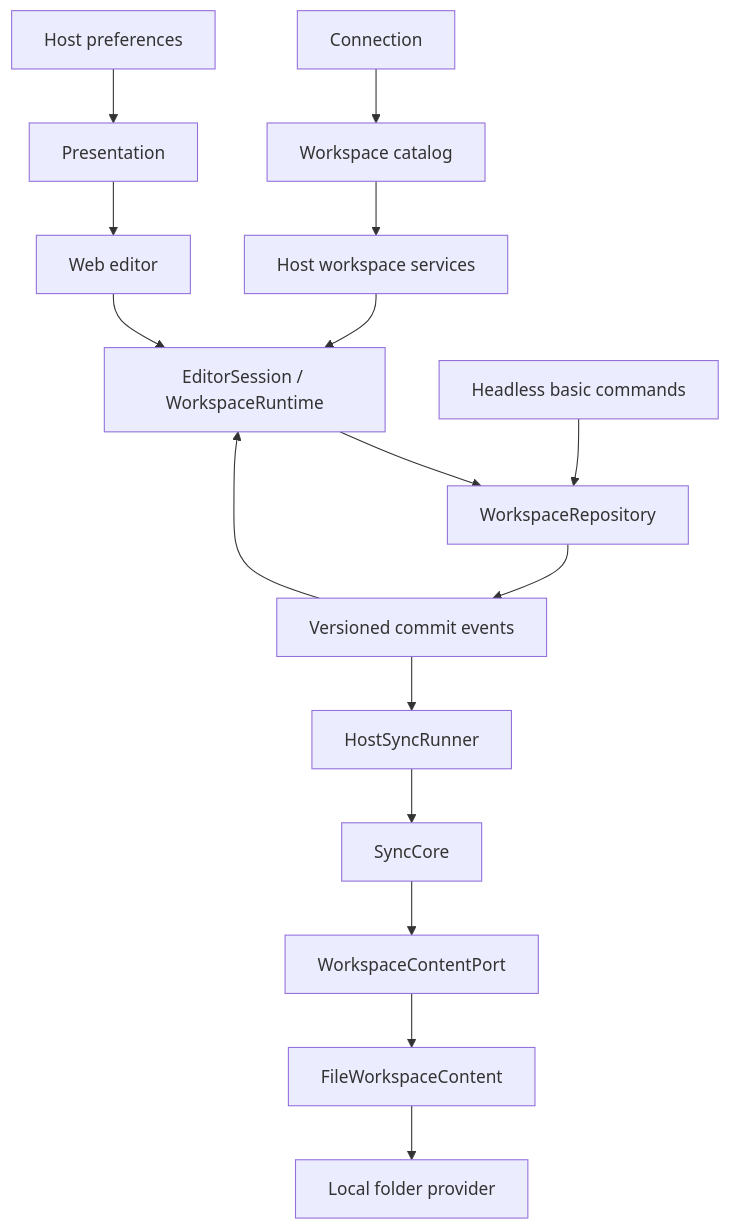
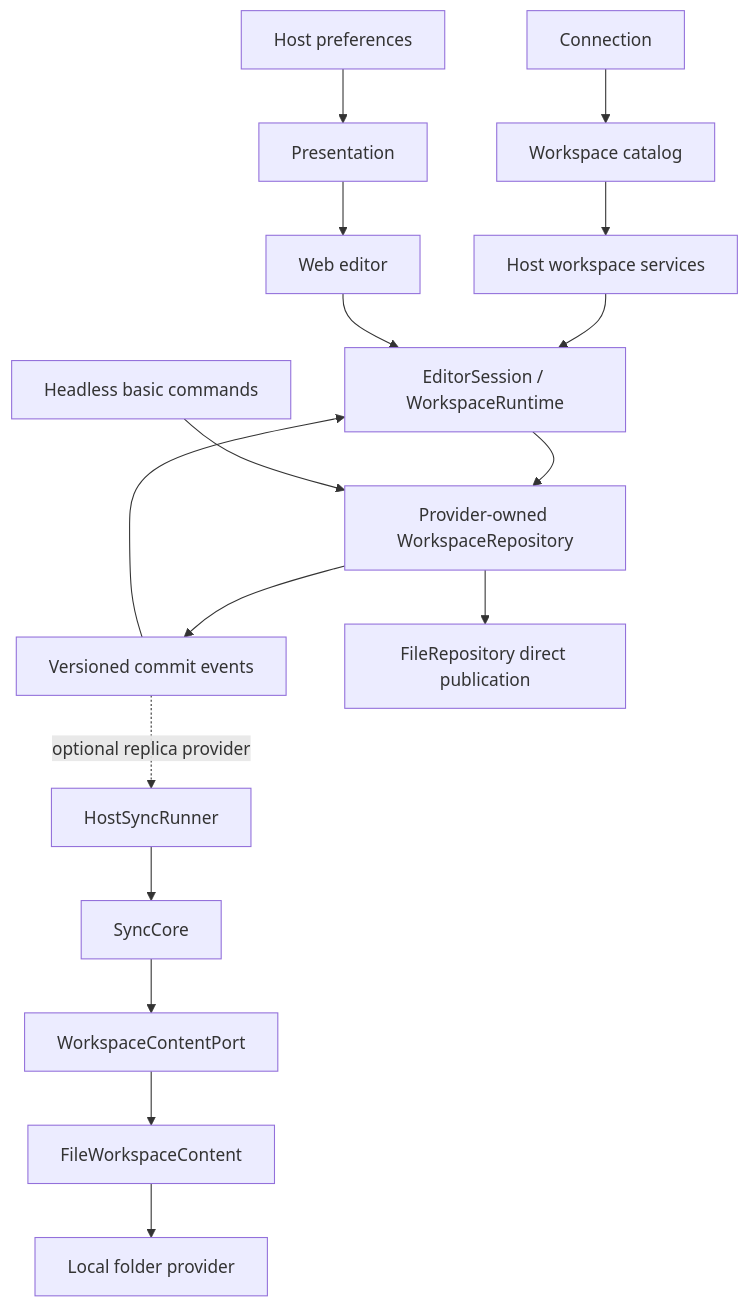
One commit to glink25/tio changed the diagram in docs/architecture.md. Above: the diagram before and after it, drawn with Mermaid. The commit also changed other lines of this file and 45 other files, not shown here.

````diff
--- a/docs/architecture.md
+++ b/docs/architecture.md
@@ -9,18 +9,19 @@
 ```mermaid
 flowchart TD
   Connection --> Catalog[Workspace catalog]
   Catalog --> Host[Host workspace services]
   Preferences[Host preferences] --> Presentation
   Presentation --> Editor[Web editor]
   Host --> Session[EditorSession / WorkspaceRuntime]
   Editor --> Session
-  Session --> Repository[WorkspaceRepository]
+  Session --> Repository[Provider-owned WorkspaceRepository]
   Basic[Headless basic commands] --> Repository
   Repository --> Events[Versioned commit events]
   Events --> Session
-  Events --> Runner[HostSyncRunner]
+  Repository --> Direct[FileRepository direct publication]
+  Events -. optional replica provider .-> Runner[HostSyncRunner]
   Runner --> Core[SyncCore]
   Core --> Content[WorkspaceContentPort]
   Content --> Files[FileWorkspaceContent]
   Files --> Folder[Local folder provider]
 ```
````
